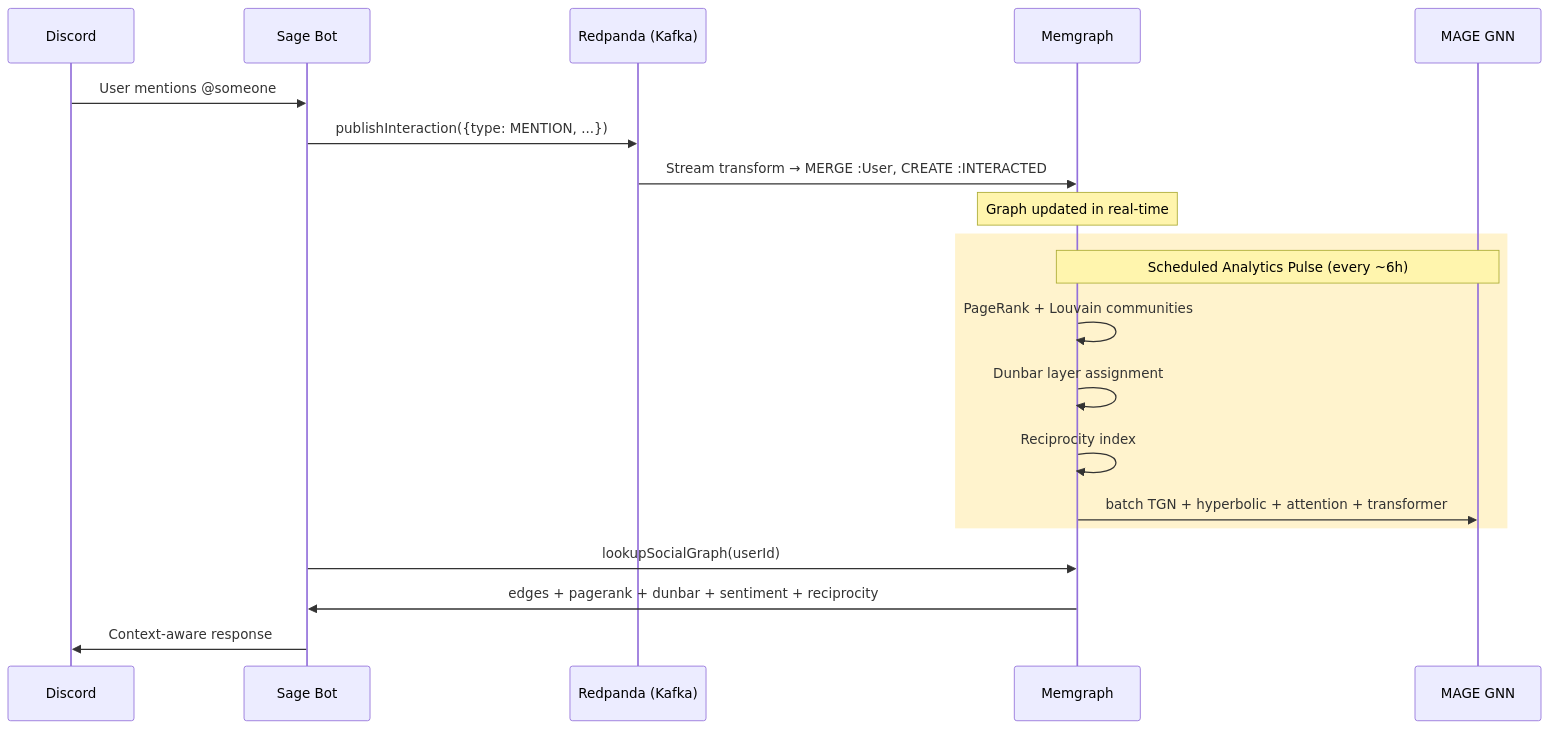
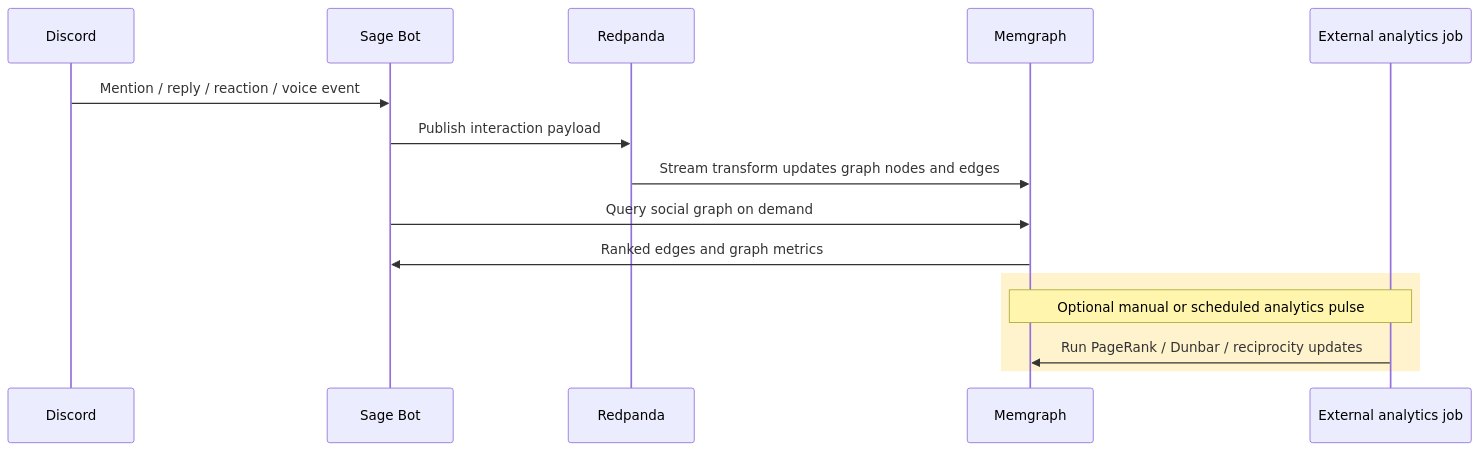
One commit to BokX1/Sage changed the second of 2 diagrams in docs/architecture/SOCIAL_GRAPH.md. Above: the diagram before and after it, drawn with Mermaid. The commit also changed other lines of this file and 22 other files, not shown here.

````diff
--- a/docs/architecture/SOCIAL_GRAPH.md
+++ b/docs/architecture/SOCIAL_GRAPH.md
@@ -123,25 +124,19 @@
 ```mermaid
 sequenceDiagram
     participant D as Discord
     participant B as Sage Bot
-    participant K as Redpanda (Kafka)
+    participant K as Redpanda
     participant M as Memgraph
-    participant G as MAGE GNN
+    participant J as External analytics job
 
-    D->>B: User mentions @someone
-    B->>K: publishInteraction({type: MENTION, ...})
-    K->>M: Stream transform → MERGE :User, CREATE :INTERACTED
-    Note over M: Graph updated in real-time
+    D->>B: Mention / reply / reaction / voice event
+    B->>K: Publish interaction payload
+    K->>M: Stream transform updates graph nodes and edges
+    B->>M: Query social graph on demand
+    M->>B: Ranked edges and graph metrics
 
     rect rgb(255, 243, 205)
-        Note over M,G: Scheduled Analytics Pulse (every ~6h)
-        M->>M: PageRank + Louvain communities
-        M->>M: Dunbar layer assignment
-        M->>M: Reciprocity index
-        M->>G: batch TGN + hyperbolic + attention + transformer
+        Note over J,M: Optional manual or scheduled analytics pulse
+        J->>M: Run PageRank / Dunbar / reciprocity updates
     end
-
-    B->>M: lookupSocialGraph(userId)
-    M->>B: edges + pagerank + dunbar + sentiment + reciprocity
-    B->>D: Context-aware response
 ```
````
